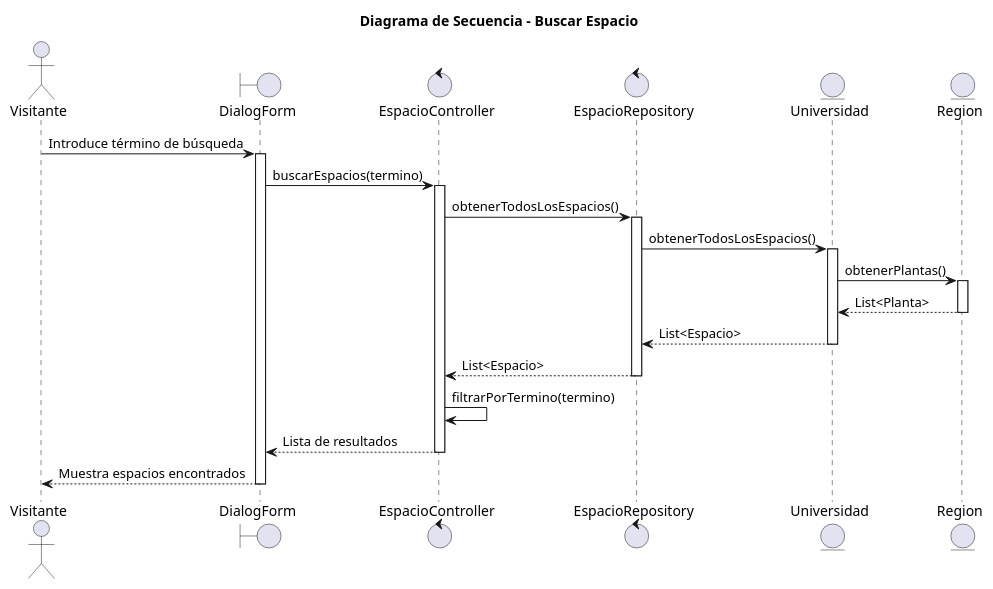
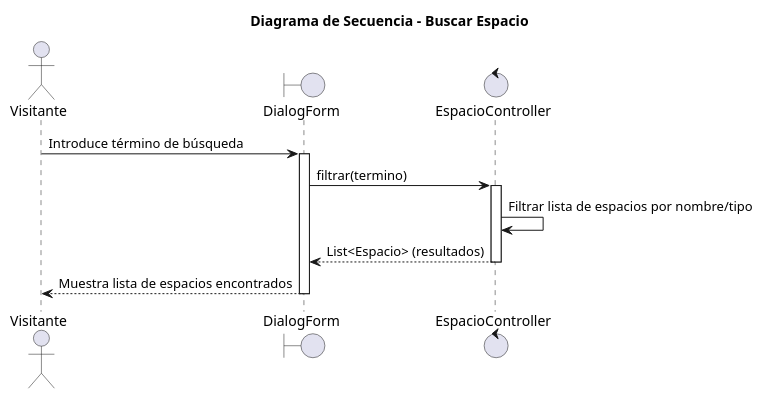
Before and after one commit to mmasias/25-26-idsw2-sdVC: the diagram in modelosUML/02-diseño/01-Visitante/buscarEspacio/secuencia.puml, drawn with PlantUML. The commit also changed 16 other files, not shown here.

```diff
--- a/modelosUML/02-diseño/01-Visitante/buscarEspacio/secuencia.puml
+++ b/modelosUML/02-diseño/01-Visitante/buscarEspacio/secuencia.puml
@@ -1,33 +1,18 @@
 @startuml
 title "Diagrama de Secuencia - Buscar Espacio"
 
 actor "Visitante" as visitor
 boundary "DialogForm" as view
 control "EspacioController" as controller
-control "EspacioRepository" as repository
-entity "Universidad" as uni
-entity "Region" as reg
 
 visitor -> view: Introduce término de búsqueda
 activate view
-view -> controller: buscarEspacios(termino)
+view -> controller: filtrar(termino)
 activate controller
-controller -> repository: obtenerTodosLosEspacios()
-activate repository
-repository -> uni: obtenerTodosLosEspacios()
-activate uni
-uni -> reg: obtenerPlantas()
-activate reg
-reg --> uni: List<Planta>
-deactivate reg
-uni --> repository: List<Espacio>
-deactivate uni
-repository --> controller: List<Espacio>
-deactivate repository
-controller -> controller: filtrarPorTermino(termino)
-controller --> view: Lista de resultados
+controller -> controller: Filtrar lista de espacios por nombre/tipo
+controller --> view: List<Espacio> (resultados)
 deactivate controller
-view --> visitor: Muestra espacios encontrados
+view --> visitor: Muestra lista de espacios encontrados
 deactivate view
 
 @enduml
```
